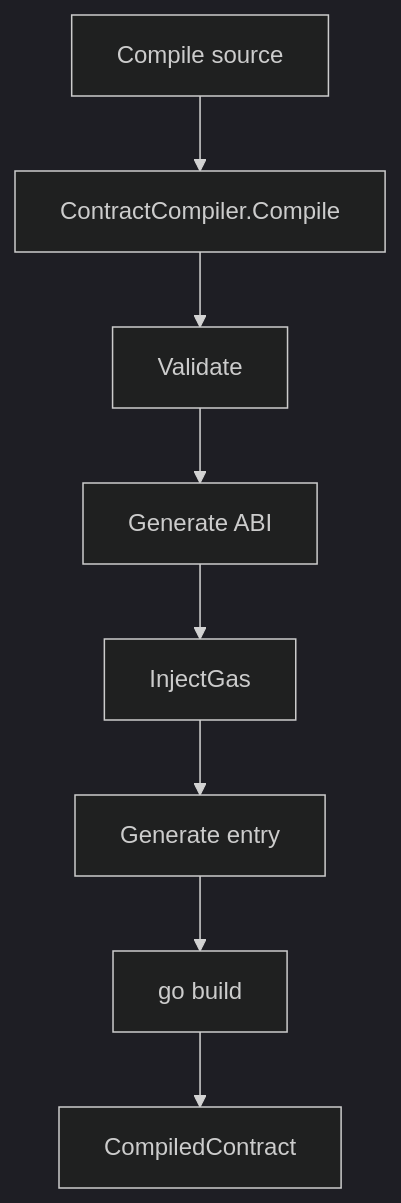
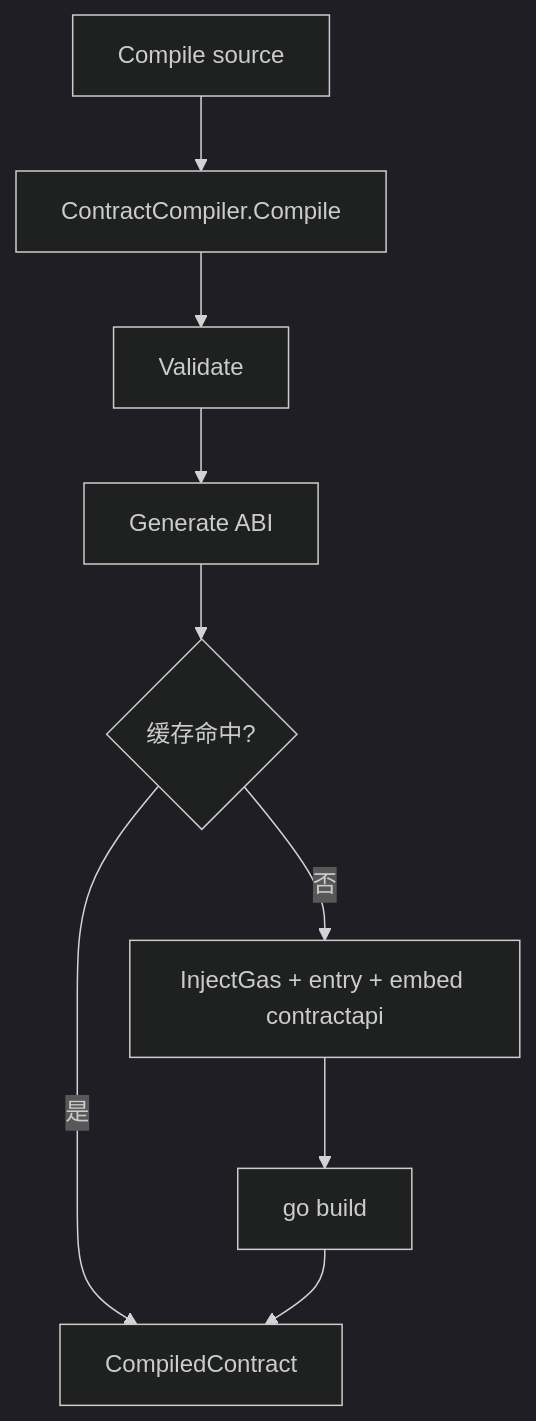
One commit to lengzhao/vm changed the first of 2 diagrams in docs/detailed_design/vm_engine_detailed_design.md. Above: the diagram before and after it, drawn with Mermaid (dark theme). The commit also changed other lines of this file and 16 other files, not shown here.

````diff
--- a/docs/detailed_design/vm_engine_detailed_design.md
+++ b/docs/detailed_design/vm_engine_detailed_design.md
@@ -24,10 +26,11 @@
 ```mermaid
 flowchart TD
     A[Compile source] --> B[ContractCompiler.Compile]
     B --> C[Validate]
     C --> D[Generate ABI]
-    D --> E[InjectGas]
-    E --> F[Generate entry]
+    D --> E{缓存命中?}
+    E -->|是| H[CompiledContract]
+    E -->|否| F[InjectGas + entry + embed contractapi]
     F --> G[go build]
-    G --> H[CompiledContract]
+    G --> H
 ```
````
